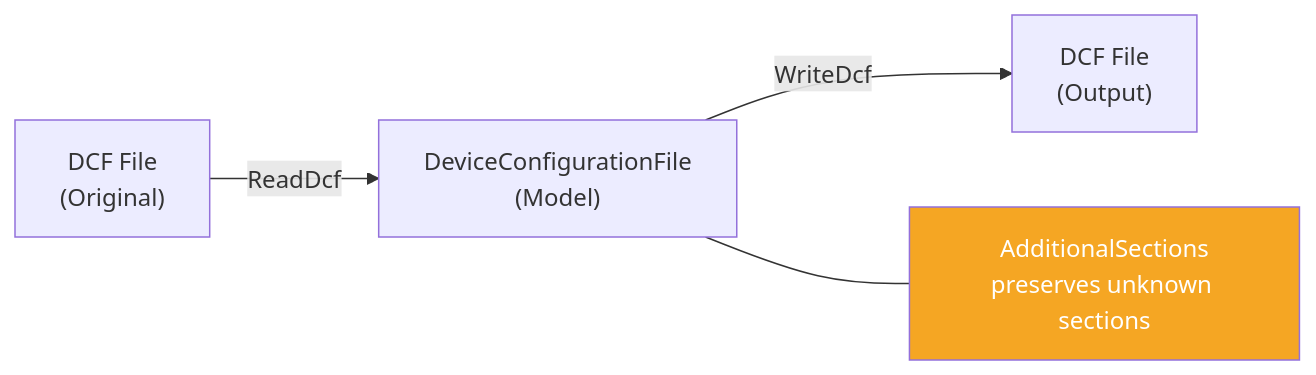
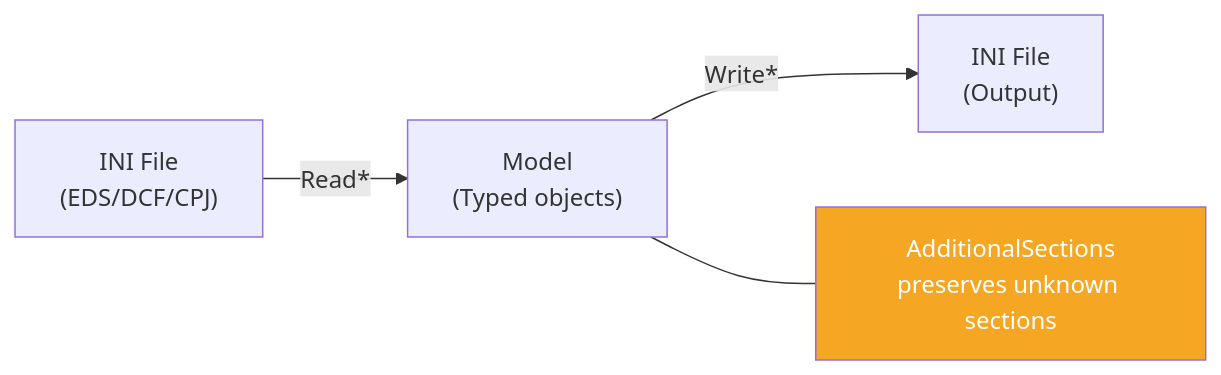
Before and after one commit to dborgards/eds-dcf-net: the third of 5 diagrams in docs/architecture/08-crosscutting-concepts.md, drawn with Mermaid. The commit also changed other lines of this file and 18 other files, not shown here.

````diff
--- a/docs/architecture/08-crosscutting-concepts.md
+++ b/docs/architecture/08-crosscutting-concepts.md
@@ -86,9 +87,9 @@
 ```mermaid
 flowchart LR
-    A["DCF File<br/>(Original)"] -->|ReadDcf| B["DeviceConfigurationFile<br/>(Model)"]
-    B -->|WriteDcf| C["DCF File<br/>(Output)"]
+    A["INI File<br/>(EDS/DCF/CPJ)"] -->|Read*| B["Model<br/>(Typed objects)"]
+    B -->|Write*| C["INI File<br/>(Output)"]
 
     B --- D["AdditionalSections<br/>preserves unknown sections"]
 
     style D fill:#F5A623,color:#fff
 ```
````
